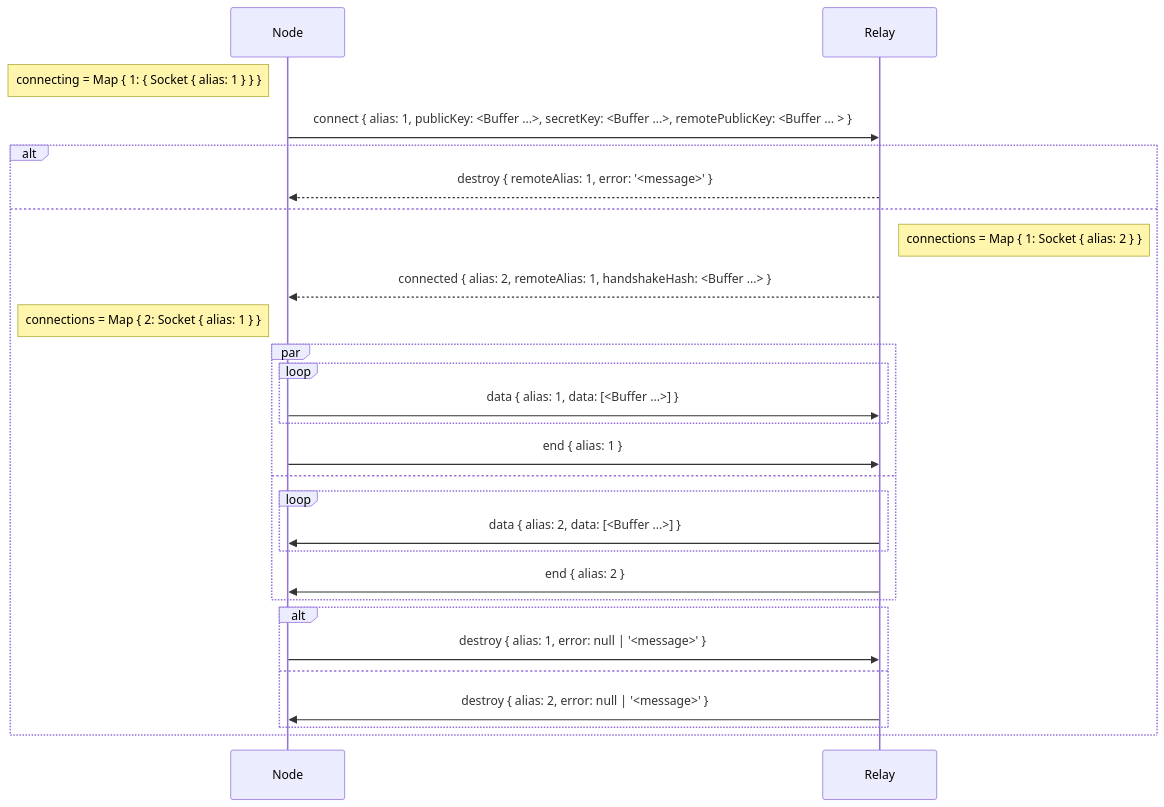
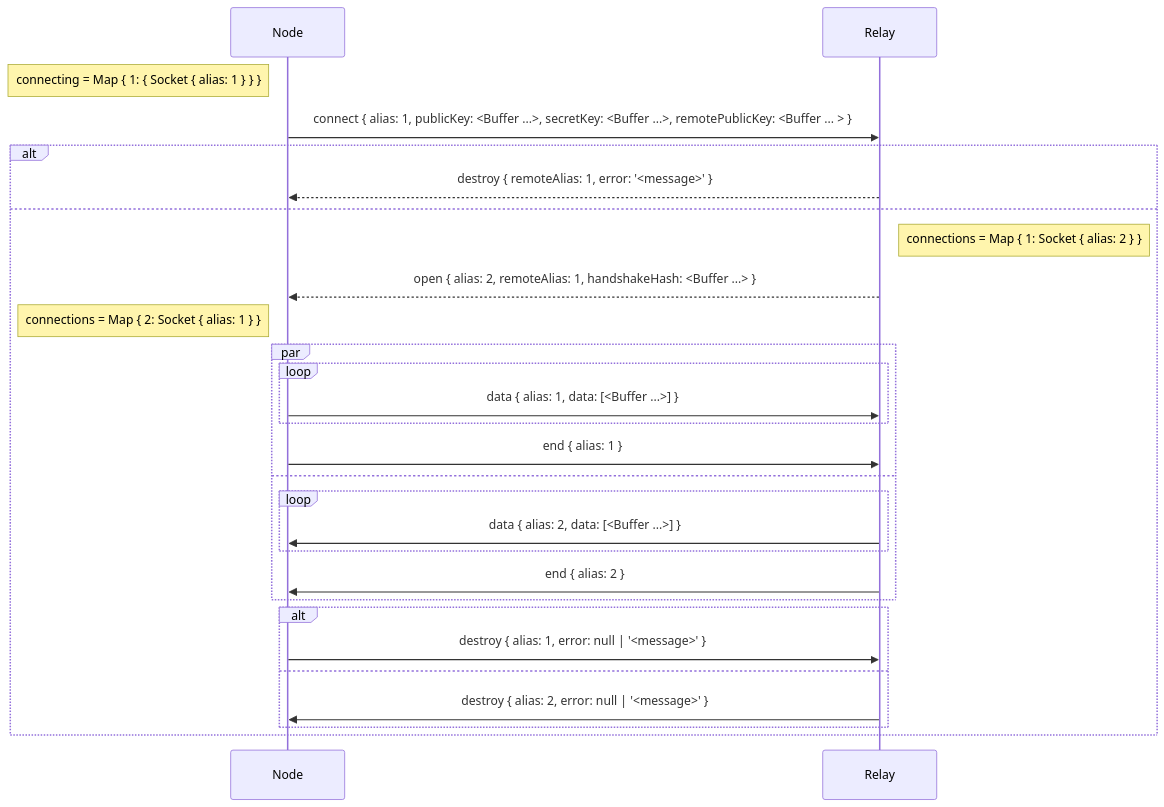
The diagram in media/diagrams/connect.mmd (holepunchto/hyperswarm-dht-relay), drawn with Mermaid before and after one commit. The commit also changed 8 other files, not shown here.

```diff
--- a/media/diagrams/connect.mmd
+++ b/media/diagrams/connect.mmd
@@ -1,37 +1,37 @@
 sequenceDiagram
   participant N as Node
   participant R as Relay
 
   note left of N: connecting = Map { 1: { Socket { alias: 1 } } }
 
   N->>R: connect { alias: 1, publicKey: <Buffer ...>, secretKey: <Buffer ...>, remotePublicKey: <Buffer ... > }
 
   alt
     R-->>N: destroy { remoteAlias: 1, error: '<message>' }
   else
     note right of R: connections = Map { 1: Socket { alias: 2 } }
 
-    R-->>N: connected { alias: 2, remoteAlias: 1, handshakeHash: <Buffer ...> }
+    R-->>N: open { alias: 2, remoteAlias: 1, handshakeHash: <Buffer ...> }
 
     note left of N: connections = Map { 2: Socket { alias: 1 } }
 
     par
       loop
         N->>R: data { alias: 1, data: [<Buffer ...>] }
       end
 
       N->>R: end { alias: 1 }
     and
       loop
         R->>N: data { alias: 2, data: [<Buffer ...>] }
       end
 
       R->>N: end { alias: 2 }
     end
 
     alt
       N->>R: destroy { alias: 1, error: null | '<message>' }
     else
       R->>N: destroy { alias: 2, error: null | '<message>' }
     end
   end
```
